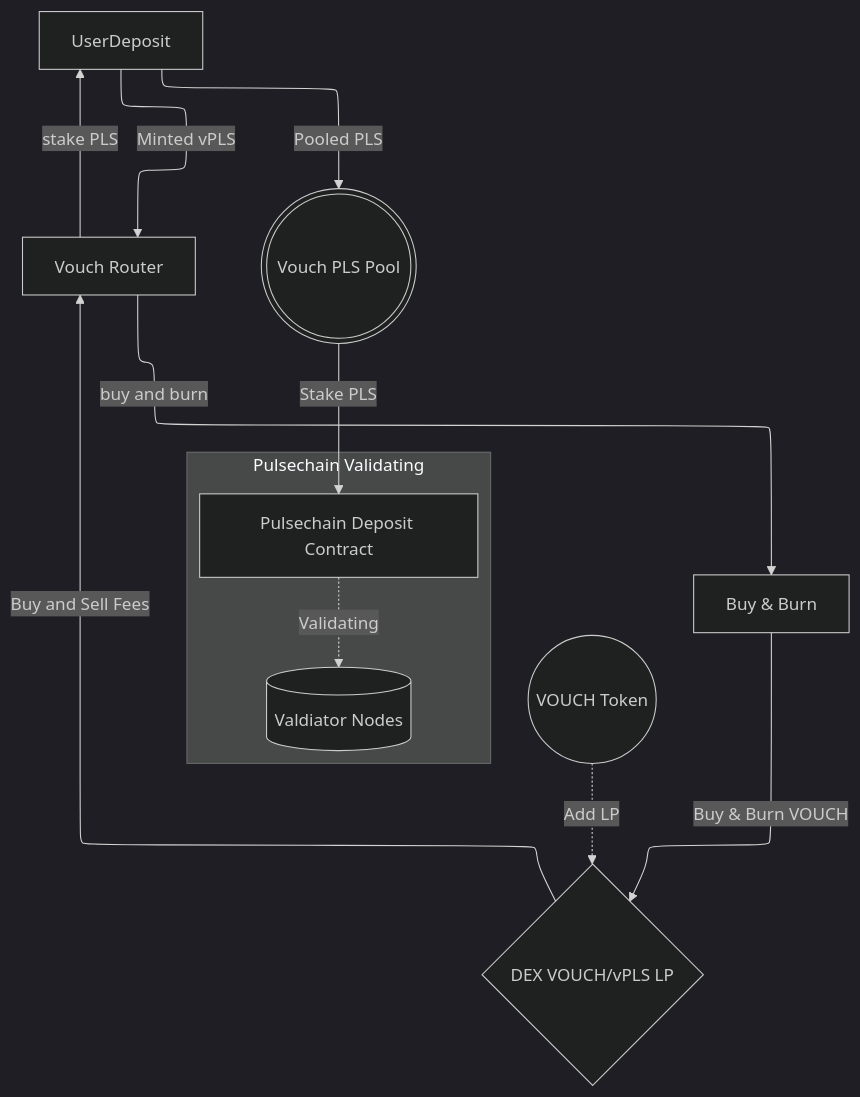
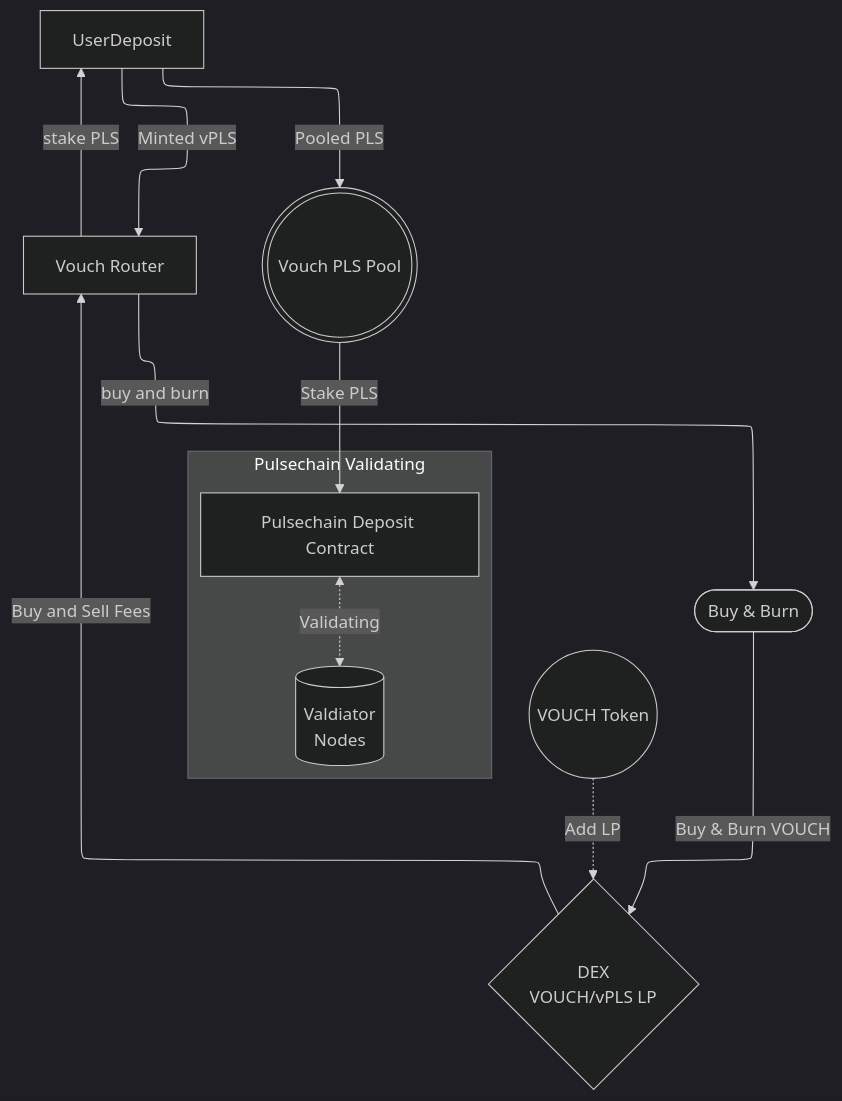
The diagram in docs/governance/vouch_token.md (ravirasadiya/docs), drawn with Mermaid before and after one commit. The commit also changed other lines of this file and 3 other files, not shown here.

````diff
--- a/docs/governance/vouch_token.md
+++ b/docs/governance/vouch_token.md
@@ -7,37 +21,49 @@
 ```mermaid
 ---
 config:
-  layout: elk
   look: classic 
   theme: dark
+  layout: elk
 ---
 
 flowchart TD
   
+  %% Nodes
   VT(("`VOUCH Token`")) 
-  DEX{"`DEX VOUCH/vPLS LP`"} 
+  DEX{"`DEX
+  VOUCH/vPLS LP`"} 
   VR["`Vouch Router`"]
   UD["`UserDeposit`"]
-  BnB["`Buy & Burn`"]
+  BnB(["`Buy & Burn`"])
   PD["`Pulsechain Deposit Contract`"]
   Pool((("`Vouch PLS Pool`")))
-  Vals[("`Valdiator Nodes`")] 
+  Vals[("`Valdiator 
+  Nodes`")] 
+%%   Lock["Timelock Contract"]
+%%   Prop{{"`Proposal`"}} 
+%%   Vote{{"`Voting`"}}
 
+  %% Links 
   VT -. Add LP .-> DEX
   DEX -- "Buy and Sell Fees" --> VR 
   VR -- "stake PLS" --> UD
   UD -- "Minted vPLS" --> VR
   UD -- "Pooled PLS" --> Pool -- "Stake PLS" -->PD
   VR -- "buy and burn" --> BnB
   BnB -- "Buy & Burn VOUCH" --> DEX
-  subgraph Pulsechain Validating
-   direction LR
-   PD -. Validating .-> Vals
-  end
+%%   VT --> Prop
+ 
+ subgraph Pulsechain Validating
+  direction LR
+  PD <-. Validating .-> Vals
+ end
   
-  
+%%  subgraph Proposals
+%%   direction TB
+%%   Prop-->Lock-->Vote
+%%  end
   
   
 %%   style DEX2 stroke:#000000,fill:#E1F0D4 
 %%   style VR2 stroke:#000000,fill:#C3EFE0 
 ```
````
